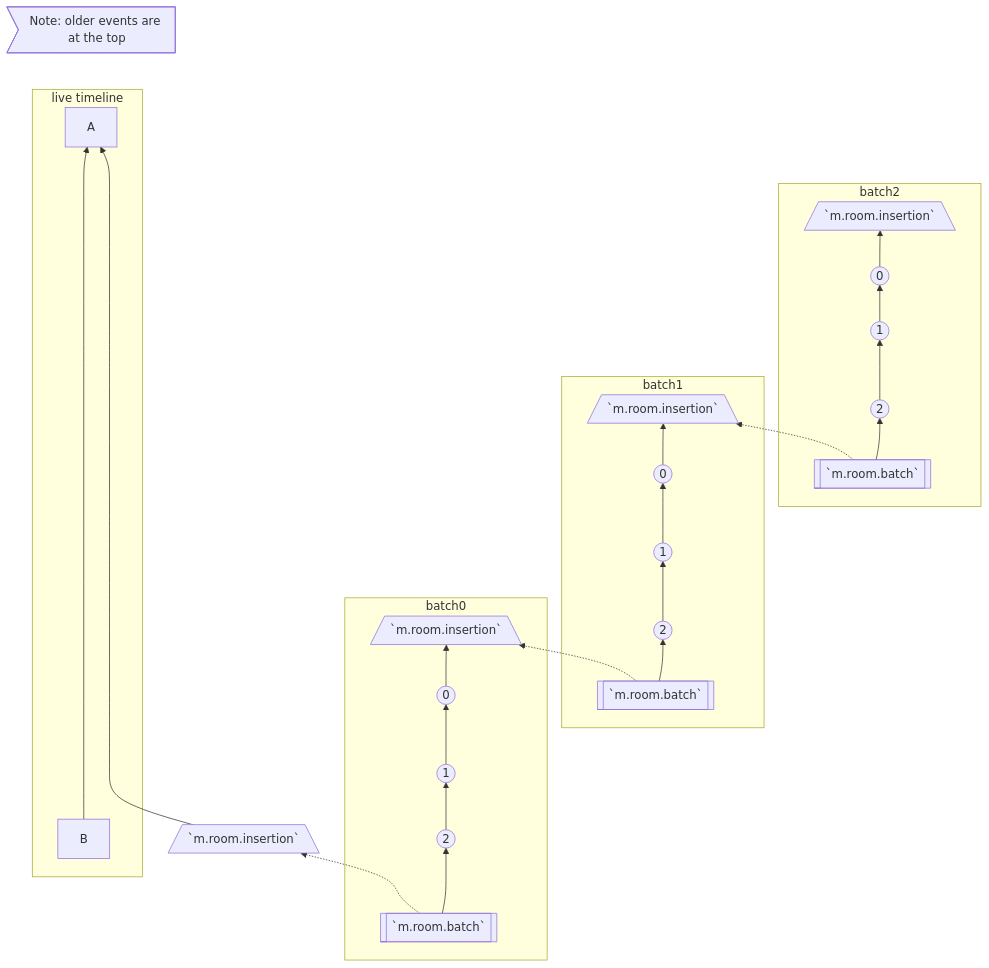
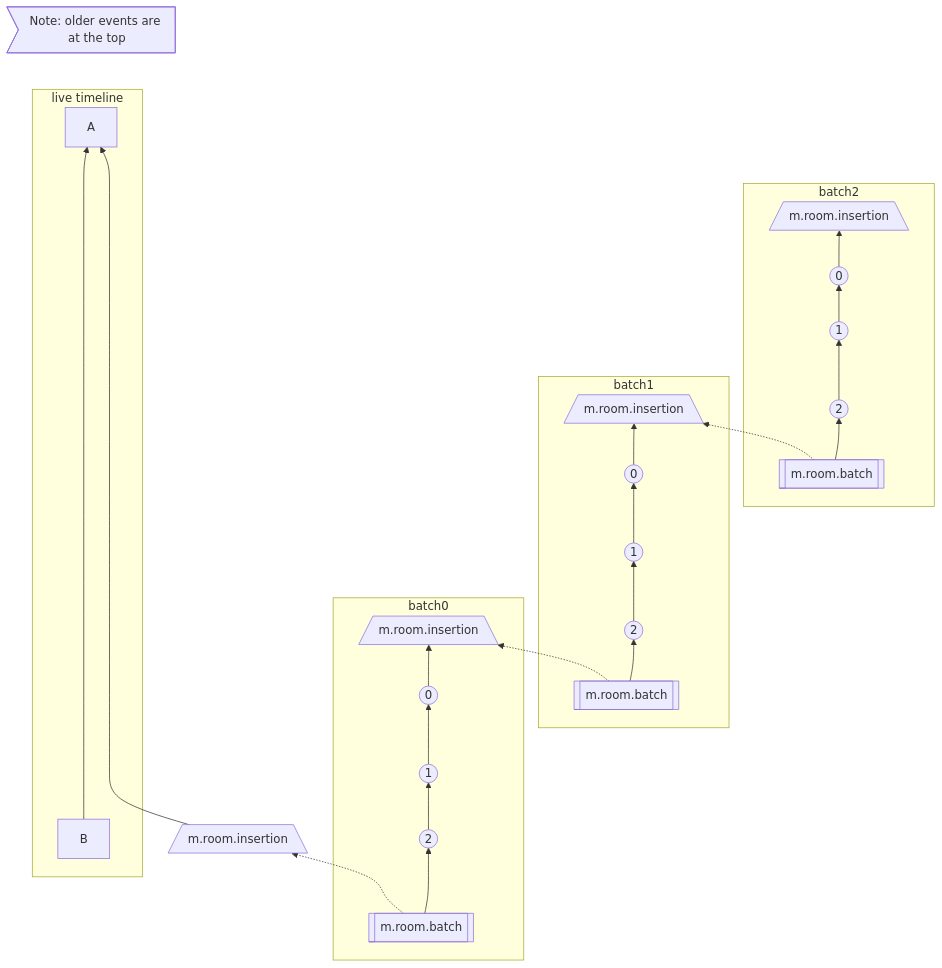
Before and after one commit to matrix-org/matrix-spec-proposals: the first of 3 diagrams in proposals/2716-batch-send-historical-messages.md, drawn with Mermaid. The commit also changed other lines of this file, not shown here.

Commit message:
Remove backticks from mermaid graphs

````diff
--- a/proposals/2716-batch-send-historical-messages.md
+++ b/proposals/2716-batch-send-historical-messages.md
@@ -351,34 +351,34 @@
 ```mermaid
 flowchart BT
     A --- annotation1>"Note: older events are at the top"]
     subgraph live [live timeline]
         B --------------------> A
     end
     
     subgraph batch0
-        batch0-batch[[`m.room.batch`]] --> batch0-2(("2")) --> batch0-1((1)) --> batch0-0((0)) --> batch0-insertion[/`m.room.insertion`\]
+        batch0-batch[[m.room.batch]] --> batch0-2(("2")) --> batch0-1((1)) --> batch0-0((0)) --> batch0-insertion[/m.room.insertion\]
     end
 
     subgraph batch1
-        batch1-batch[[`m.room.batch`]] --> batch1-2(("2")) --> batch1-1((1)) --> batch1-0((0)) --> batch1-insertion[/`m.room.insertion`\]
+        batch1-batch[[m.room.batch]] --> batch1-2(("2")) --> batch1-1((1)) --> batch1-0((0)) --> batch1-insertion[/m.room.insertion\]
     end
     
     subgraph batch2
-        batch2-batch[[`m.room.batch`]] --> batch2-2(("2")) --> batch2-1((1)) --> batch2-0((0)) --> batch2-insertion[/`m.room.insertion`\]
+        batch2-batch[[m.room.batch]] --> batch2-2(("2")) --> batch2-1((1)) --> batch2-0((0)) --> batch2-insertion[/m.room.insertion\]
     end
 
     
-    batch0-insertionBase[/`m.room.insertion`\] ---------------> A
+    batch0-insertionBase[/m.room.insertion\] ---------------> A
     batch0-batch -.-> batch0-insertionBase
     batch1-batch -.-> batch0-insertion
     batch2-batch -.-> batch1-insertion
 
 
     %% alignment links 
     batch2-insertion --- alignment1
     %% make the alignment links/nodes invisible
     style alignment1 visibility: hidden,color:transparent;
     linkStyle 18 stroke-width:2px,fill:none,stroke:none;
     %% make the annotation links invisible
     linkStyle 0 stroke-width:2px,fill:none,stroke:none;
 ```
````
